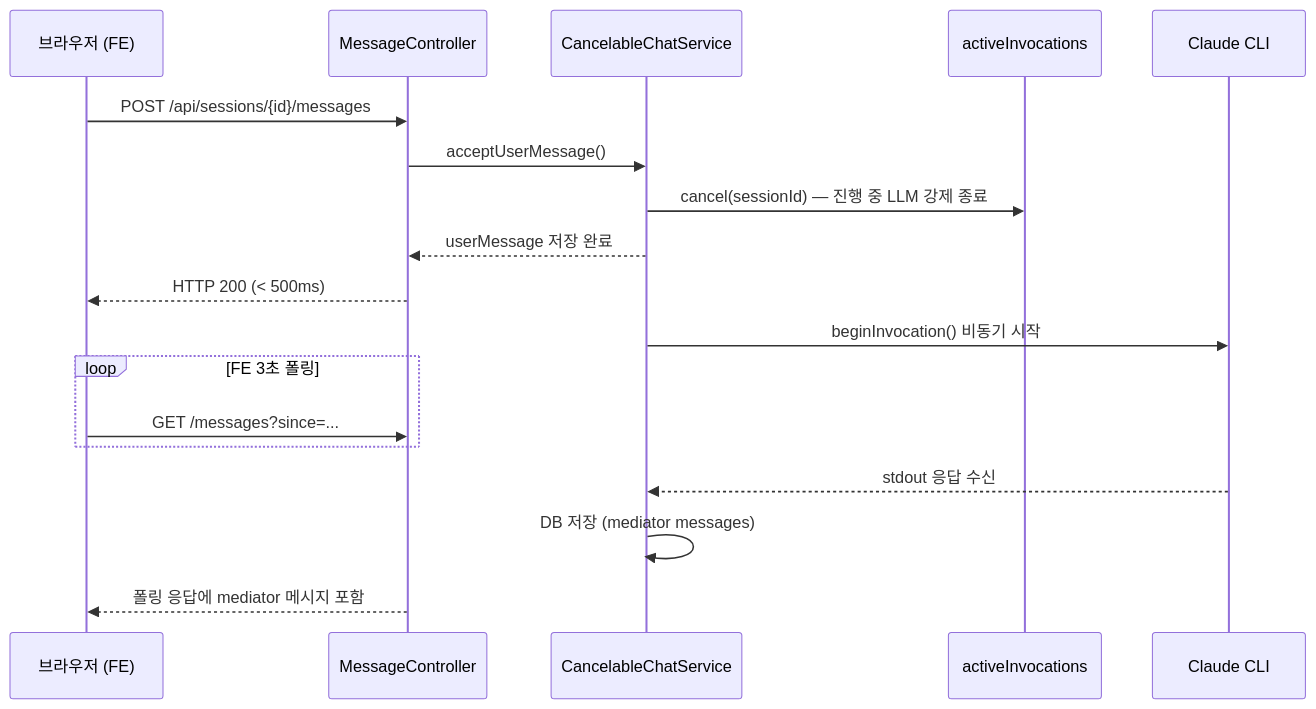
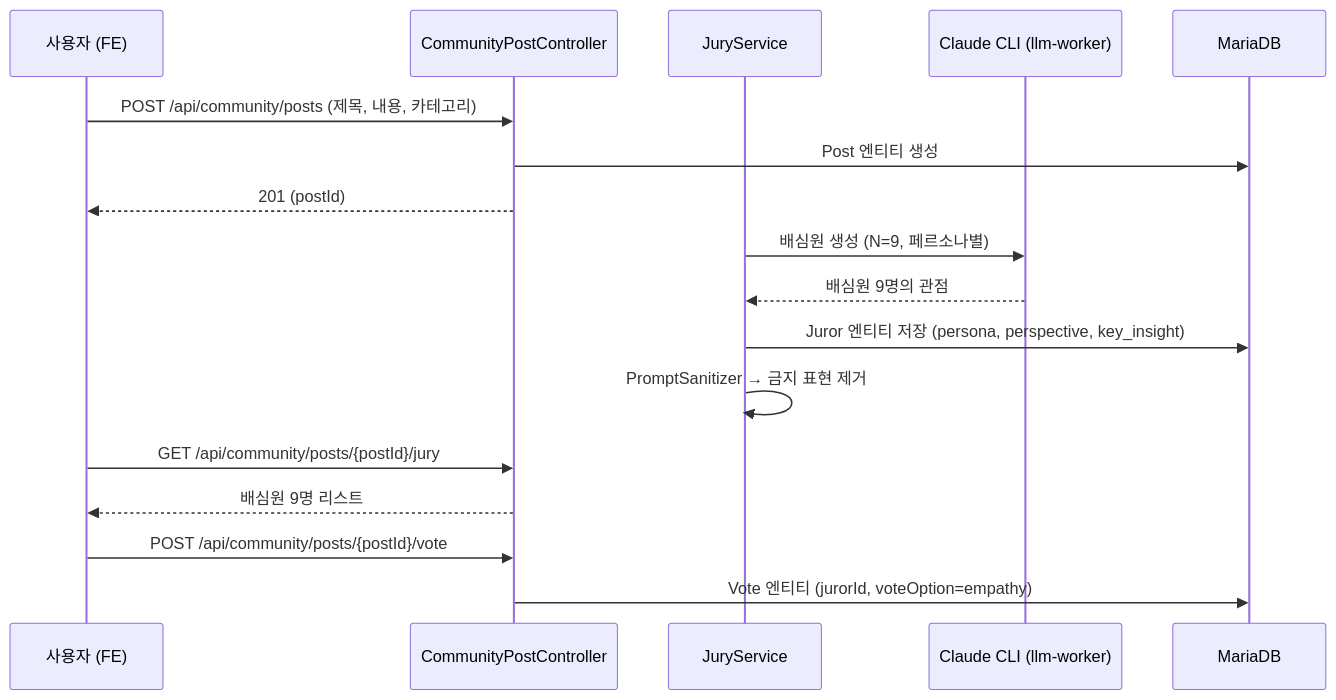
One commit to Justant-source/Again-Spring changed the second of 3 diagrams in shared/docs/architecture.md. Above: the diagram before and after it, drawn with Mermaid. The commit also changed other lines of this file and 125 other files, not shown here.

````diff
--- a/shared/docs/architecture.md
+++ b/shared/docs/architecture.md
@@ -135,23 +108,23 @@
 ```mermaid
 sequenceDiagram
-    participant FE as 브라우저 (FE)
-    participant Ctrl as MessageController
-    participant Svc as CancelableChatService
-    participant Map as activeInvocations
-    participant LLM as Claude CLI
+    participant User as 사용자 (FE)
+    participant Ctrl as CommunityPostController
+    participant Svc as JuryService
+    participant LLM as Claude CLI (llm-worker)
+    participant DB as MariaDB
 
-    FE->>Ctrl: POST /api/sessions/{id}/messages
-    Ctrl->>Svc: acceptUserMessage()
-    Svc->>Map: cancel(sessionId) — 진행 중 LLM 강제 종료
-    Svc-->>Ctrl: userMessage 저장 완료
-    Ctrl-->>FE: HTTP 200 (< 500ms)
-    Svc->>LLM: beginInvocation() 비동기 시작
-
-    loop FE 3초 폴링
-        FE->>Ctrl: GET /messages?since=...
-    end
-
-    LLM-->>Svc: stdout 응답 수신
-    Svc->>Svc: DB 저장 (mediator messages)
-    Ctrl-->>FE: 폴링 응답에 mediator 메시지 포함
+    User->>Ctrl: POST /api/community/posts (제목, 내용, 카테고리)
+    Ctrl->>DB: Post 엔티티 생성
+    Ctrl-->>User: 201 (postId)
+    
+    Svc->>LLM: 배심원 생성 (N=9, 페르소나별)
+    LLM-->>Svc: 배심원 9명의 관점
+    Svc->>DB: Juror 엔티티 저장 (persona, perspective, key_insight)
+    Svc->>Svc: PromptSanitizer → 금지 표현 제거
+    
+    User->>Ctrl: GET /api/community/posts/{postId}/jury
+    Ctrl-->>User: 배심원 9명 리스트
+    
+    User->>Ctrl: POST /api/community/posts/{postId}/vote
+    Ctrl->>DB: Vote 엔티티 (jurorId, voteOption=empathy)
 ```
````
